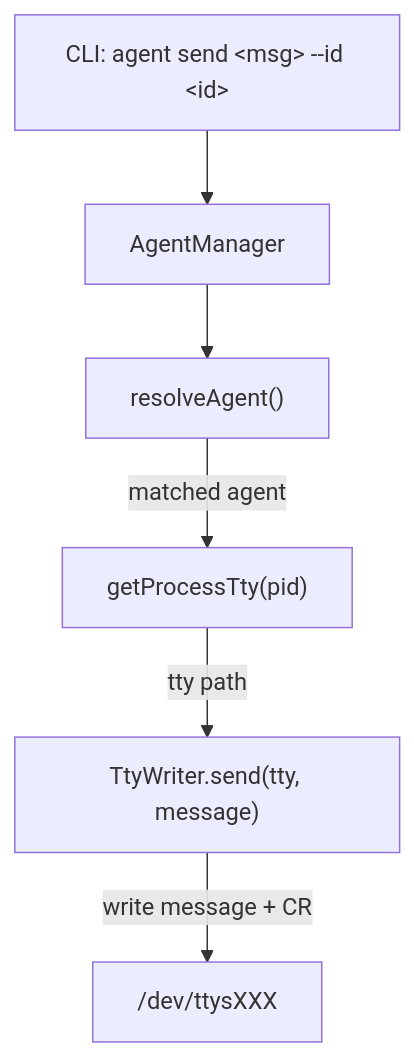
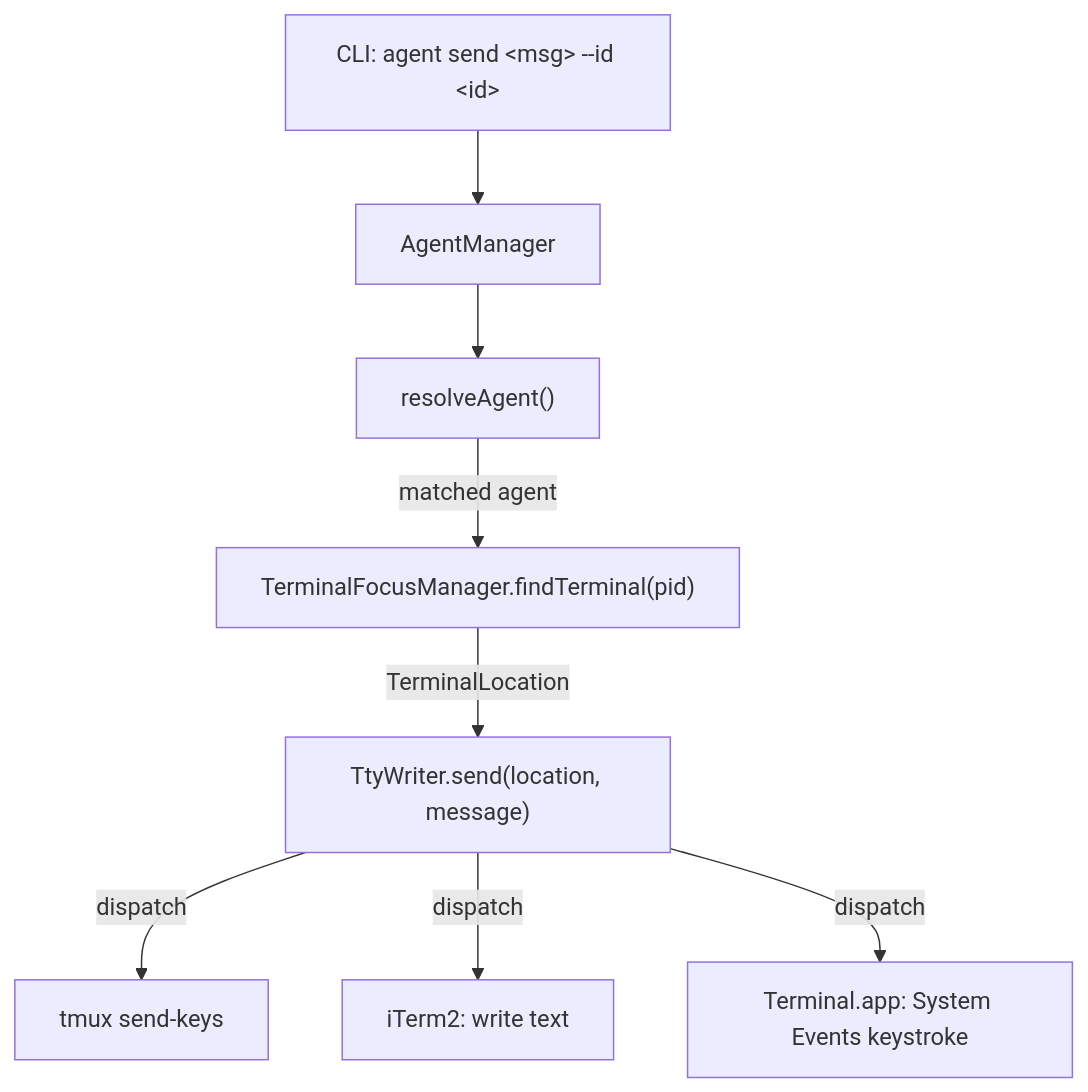
Before and after one commit to codeaholicguy/ai-devkit: the diagram in docs/ai/design/feature-agent-send.md, drawn with Mermaid. The commit also changed other lines of this file and 11 other files, not shown here.

Commit message:
feat: add agent send command for sending input to running agents

````diff
--- a/docs/ai/design/feature-agent-send.md
+++ b/docs/ai/design/feature-agent-send.md
@@ -11,15 +11,16 @@
 ```mermaid
 graph TD
     CLI["CLI: agent send &lt;msg&gt; --id &lt;id&gt;"]
     AM[AgentManager]
     Resolve["resolveAgent()"]
-    TTY["getProcessTty(pid)"]
-    Writer["TtyWriter.send(tty, message)"]
-    Device["/dev/ttysXXX"]
+    Find["TerminalFocusManager.findTerminal(pid)"]
+    Writer["TtyWriter.send(location, message)"]
 
     CLI --> AM
     AM --> Resolve
-    Resolve -->|matched agent| TTY
-    TTY -->|tty path| Writer
-    Writer -->|write message + CR| Device
+    Resolve -->|matched agent| Find
+    Find -->|TerminalLocation| Writer
+    Writer -->|dispatch| Tmux["tmux send-keys"]
+    Writer -->|dispatch| ITerm["iTerm2: write text"]
+    Writer -->|dispatch| TermApp["Terminal.app: System Events keystroke"]
 ```
````
